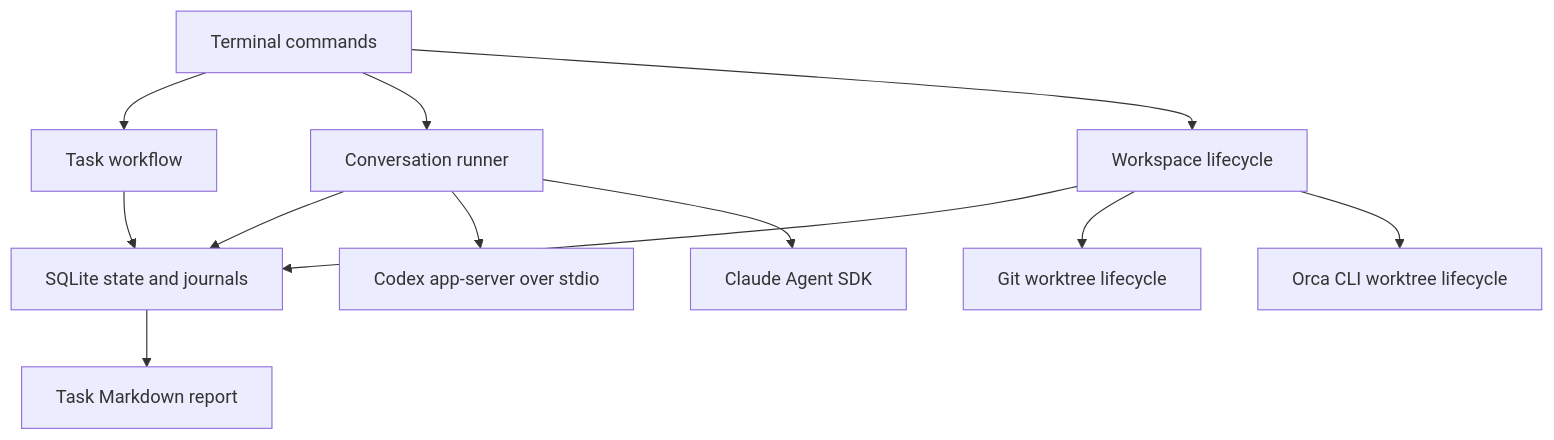
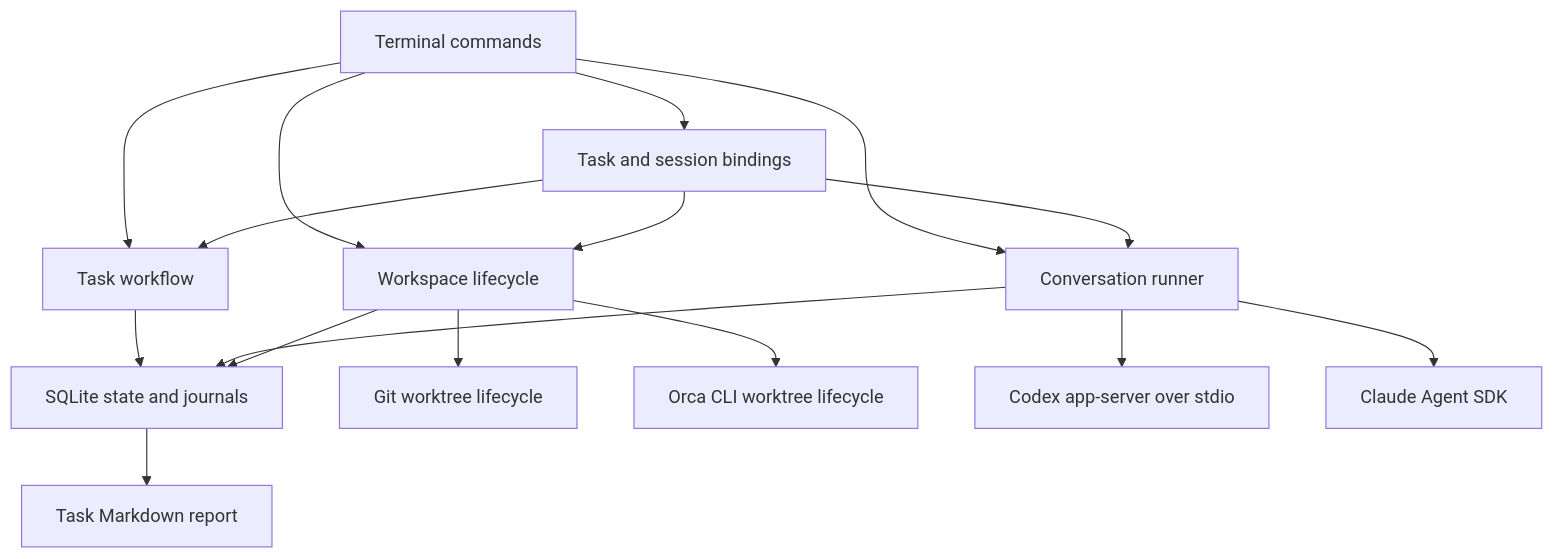
The diagram in docs/ARCHITECTURE.md (jazzonaut/grampus), drawn with Mermaid before and after one commit. The commit also changed other lines of this file and 13 other files, not shown here.

Commit message:
Link task sessions with durable workspace execution leases

````diff
--- a/docs/ARCHITECTURE.md
+++ b/docs/ARCHITECTURE.md
@@ -9,14 +9,18 @@
 ```mermaid
 flowchart TD
     CLI[Terminal commands] --> Workflow[Task workflow]
     CLI --> Sessions[Conversation runner]
     CLI --> Workspaces[Workspace lifecycle]
+    CLI --> Executions[Task and session bindings]
+    Executions --> Workflow
+    Executions --> Sessions
+    Executions --> Workspaces
     Workflow --> Store[SQLite state and journals]
     Sessions --> Store
     Workspaces --> Store
     Workspaces --> Git[Git worktree lifecycle]
     Workspaces --> Orca[Orca CLI worktree lifecycle]
     Sessions --> Codex[Codex app-server over stdio]
     Sessions --> Claude[Claude Agent SDK]
     Store --> Report[Task Markdown report]
 ```
````
